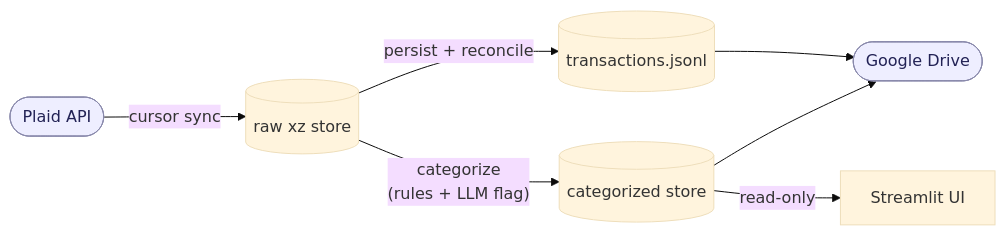
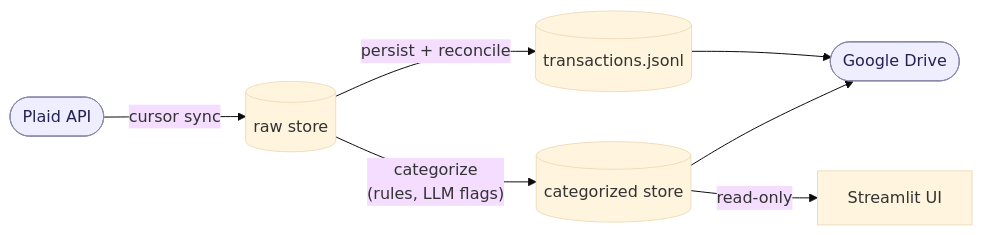
The diagram in README.md (ethanez713/spend_visualizer), drawn with Mermaid (base theme) before and after one commit. The commit also changed other lines of this file and 2 other files, not shown here.

````diff
--- a/README.md
+++ b/README.md
@@ -61,11 +54,11 @@
 ```mermaid
 flowchart LR
-    Plaid([Plaid API]):::ext -->|cursor sync| RAW[(raw xz store)]
+    Plaid([Plaid API]):::ext -->|cursor sync| RAW[(raw store)]
     RAW -->|persist + reconcile| TXN[(transactions.jsonl)]
-    RAW -->|"categorize<br/>(rules + LLM flag)"| CAT[(categorized store)]
+    RAW -->|"categorize<br/>(rules, LLM flags)"| CAT[(categorized store)]
     TXN --> DRIVE([Google Drive]):::ext
     CAT --> DRIVE
     CAT -->|read-only| UI[Streamlit UI]
 
     classDef ext fill:#eef,stroke:#88a,color:#225;
 ```
````
